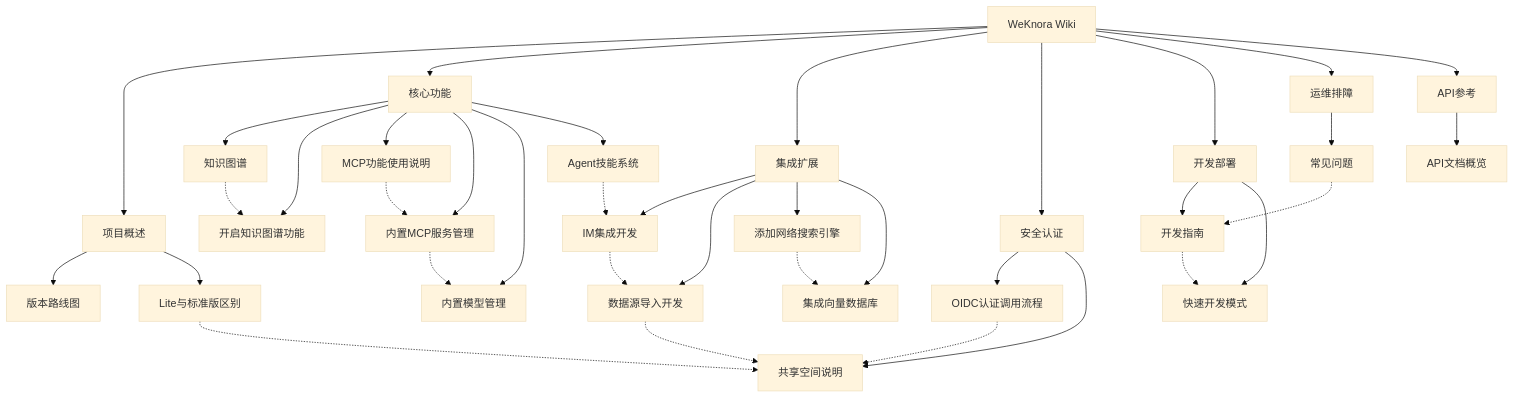
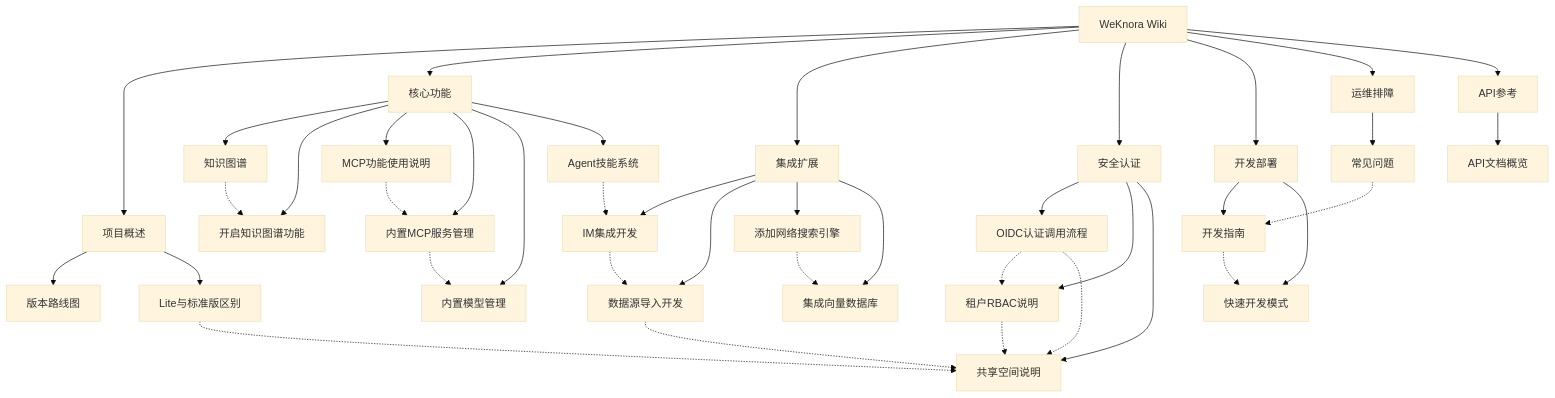
One commit to lancelee723/LaboFlow changed the diagram in WeKnora/docs/wiki/Home.md. Above: the diagram before and after it, drawn with Mermaid (base theme). The commit also changed other lines of this file and 1181 other files, not shown here.

````diff
--- a/WeKnora/docs/wiki/Home.md
+++ b/WeKnora/docs/wiki/Home.md
@@ -70,48 +71,51 @@
 ```mermaid
 graph TB
     Home[WeKnora Wiki]
     Home --> 项目概述
     Home --> 核心功能
     Home --> 集成扩展
     Home --> 安全认证
     Home --> 开发部署
     Home --> 运维排障
     Home --> API参考
 
     项目概述 --> ROADMAP[版本路线图]
     项目概述 --> LITE[Lite与标准版区别]
 
     核心功能 --> KG[知识图谱]
     核心功能 --> KGSetup[开启知识图谱功能]
     核心功能 --> MCP[MCP功能使用说明]
     核心功能 --> BuiltinMCP[内置MCP服务管理]
     核心功能 --> BuiltinModel[内置模型管理]
     核心功能 --> Skills[Agent技能系统]
 
     集成扩展 --> IM[IM集成开发]
     集成扩展 --> DS[数据源导入开发]
     集成扩展 --> WebSearch[添加网络搜索引擎]
     集成扩展 --> VecDB[集成向量数据库]
 
     安全认证 --> OIDC[OIDC认证调用流程]
+    安全认证 --> RBAC[租户RBAC说明]
     安全认证 --> SharedSpace[共享空间说明]
 
     开发部署 --> DevGuide[开发指南]
     开发部署 --> QuickDev[快速开发模式]
 
     运维排障 --> FAQ[常见问题]
 
     API参考 --> APIOverview[API文档概览]
 
     KG -.-> KGSetup
     MCP -.-> BuiltinMCP
     BuiltinMCP -.-> BuiltinModel
     Skills -.-> IM
     IM -.-> DS
     DS -.-> SharedSpace
+    OIDC -.-> RBAC
+    RBAC -.-> SharedSpace
     OIDC -.-> SharedSpace
     LITE -.-> SharedSpace
     WebSearch -.-> VecDB
     DevGuide -.-> QuickDev
     FAQ -.-> DevGuide
 ```
````
